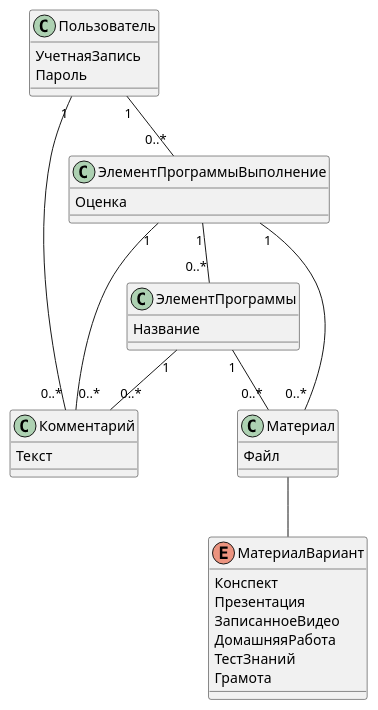
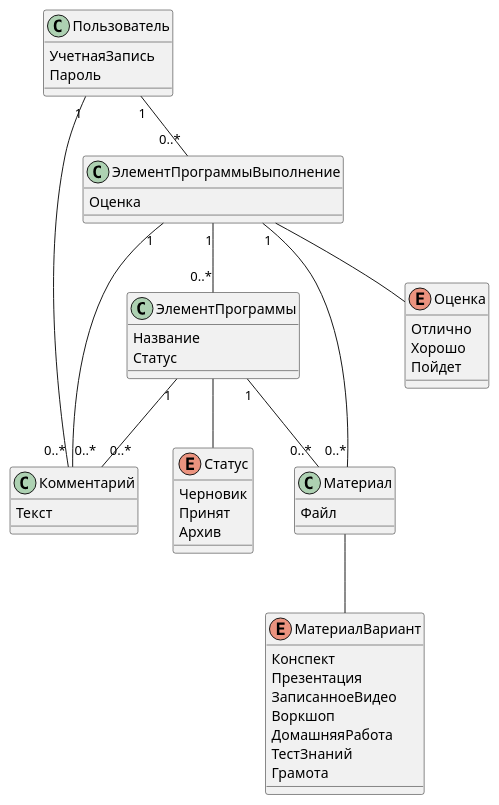
Before and after one commit to karpoftea/mts-kata-2023: the third of 3 diagrams in docs/domain/model.md, drawn with PlantUML. The commit also changed other lines of this file and 1 other file, not shown here.

Commit message:
Добавил НФТ, дополнил модель предметной области (статус, оценка)

````diff
--- a/docs/domain/model.md
+++ b/docs/domain/model.md
@@ -168,56 +179,76 @@
 ```plantuml
 @startuml
 
 top to bottom direction
 
 class Пользователь
     {
         УчетнаяЗапись
         Пароль
     }
 
 Пользователь "1" -- "0..*" Комментарий
 
 Пользователь "1" -- "0..*" ЭлементПрограммыВыполнение
 ЭлементПрограммыВыполнение "1" -- "0..*" ЭлементПрограммы
 
 ЭлементПрограммы "1" -- "0..*" Материал
 ЭлементПрограммы "1" -- "0..*" Комментарий
 
 ЭлементПрограммыВыполнение "1" -- "0..*" Материал
 ЭлементПрограммыВыполнение "1" -- "0..*" Комментарий
 
 class ЭлементПрограммыВыполнение 
     {
         Оценка
     }
 
+ЭлементПрограммыВыполнение -- Оценка
+
+enum Оценка
+    {
+        Отлично
+        Хорошо
+        Пойдет
+    }
+
 class Материал
     {
         Файл
     }
 
 class Комментарий
     {
         Текст
     }
 
 class ЭлементПрограммы
     {
         Название
+        Статус
+    }
+
+ЭлементПрограммы -- Статус
+
+enum Статус
+    {
+        Черновик
+        Принят
+        Архив
     }
 
 Материал -- МатериалВариант
 
 enum МатериалВариант
     {
         Конспект
         Презентация
         ЗаписанноеВидео
+        Воркшоп
         ДомашняяРабота
         ТестЗнаний
         Грамота
     }
 
 @enduml
 ```
````
